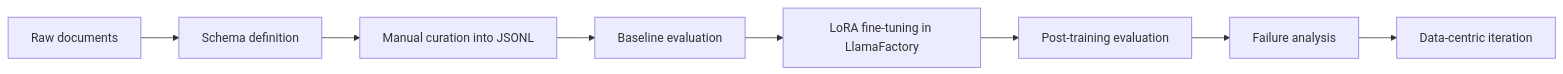
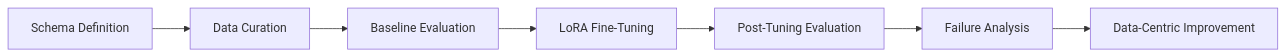
Before and after one commit to ramalokeshreddyp/StructuraAI: the first of 3 diagrams in README.md, drawn with Mermaid. The commit also changed other lines of this file and 2 other files, not shown here.

Commit message:
Enhance core documentation with comprehensive architecture and execution flows

````diff
--- a/README.md
+++ b/README.md
@@ -57,10 +68,9 @@
 ```mermaid
 flowchart LR
-  A[Raw documents] --> B[Schema definition]
-  B --> C[Manual curation into JSONL]
-  C --> D[Baseline evaluation]
-  D --> E[LoRA fine-tuning in LlamaFactory]
-  E --> F[Post-training evaluation]
-  F --> G[Failure analysis]
-  G --> H[Data-centric iteration]
+  A[Schema Definition] --> B[Data Curation]
+  B --> C[Baseline Evaluation]
+  C --> D[LoRA Fine-Tuning]
+  D --> E[Post-Tuning Evaluation]
+  E --> F[Failure Analysis]
+  F --> G[Data-Centric Improvement]
 ```
````
